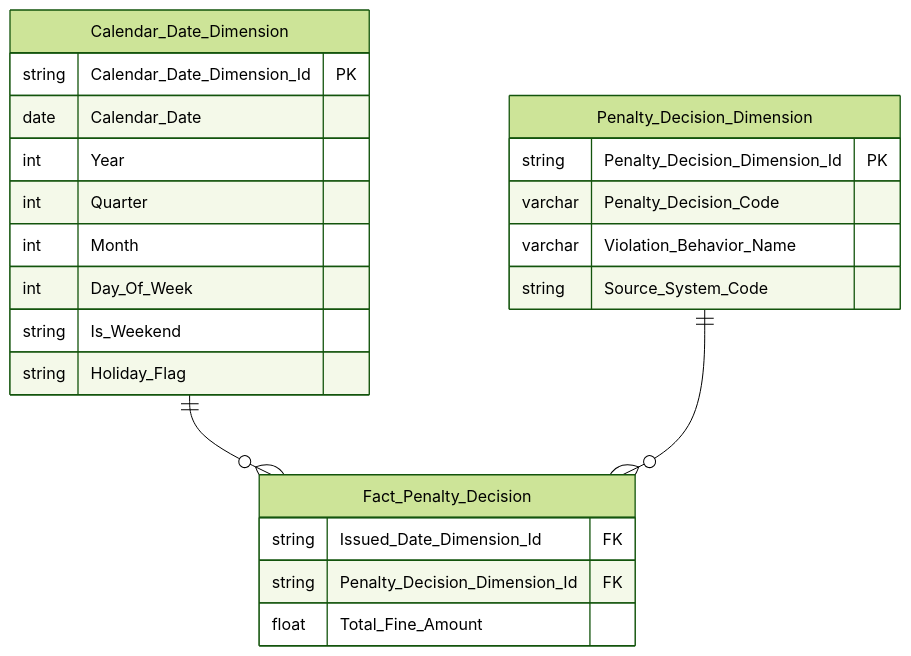
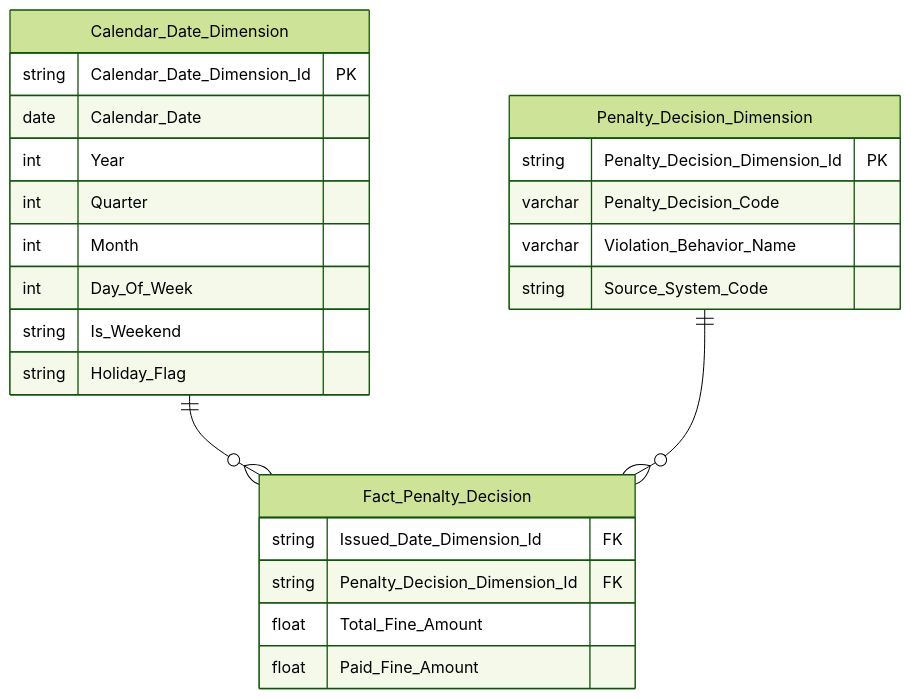
Before and after one commit to linhlvit/ubck_atomic_design: diagram 37 of 54 in Datamart/hld/DTM_TT_HLD.md, drawn with Mermaid (forest theme). The commit also changed other lines of this file and 26 other files, not shown here.

````diff
--- a/Datamart/hld/DTM_TT_HLD.md
+++ b/Datamart/hld/DTM_TT_HLD.md
@@ -1442,26 +1445,27 @@
 ```mermaid
 erDiagram
     Calendar_Date_Dimension ||--o{ Fact_Penalty_Decision : " "
     Penalty_Decision_Dimension ||--o{ Fact_Penalty_Decision : " "
     Fact_Penalty_Decision {
         string Issued_Date_Dimension_Id FK
         string Penalty_Decision_Dimension_Id FK
         float Total_Fine_Amount
+        float Paid_Fine_Amount
     }
     Calendar_Date_Dimension {
         string Calendar_Date_Dimension_Id PK
         date Calendar_Date
         int Year
         int Quarter
         int Month
         int Day_Of_Week
         string Is_Weekend
         string Holiday_Flag
     }
     Penalty_Decision_Dimension {
         string Penalty_Decision_Dimension_Id PK
         varchar Penalty_Decision_Code
         varchar Violation_Behavior_Name
         string Source_System_Code
     }
 ```
````
